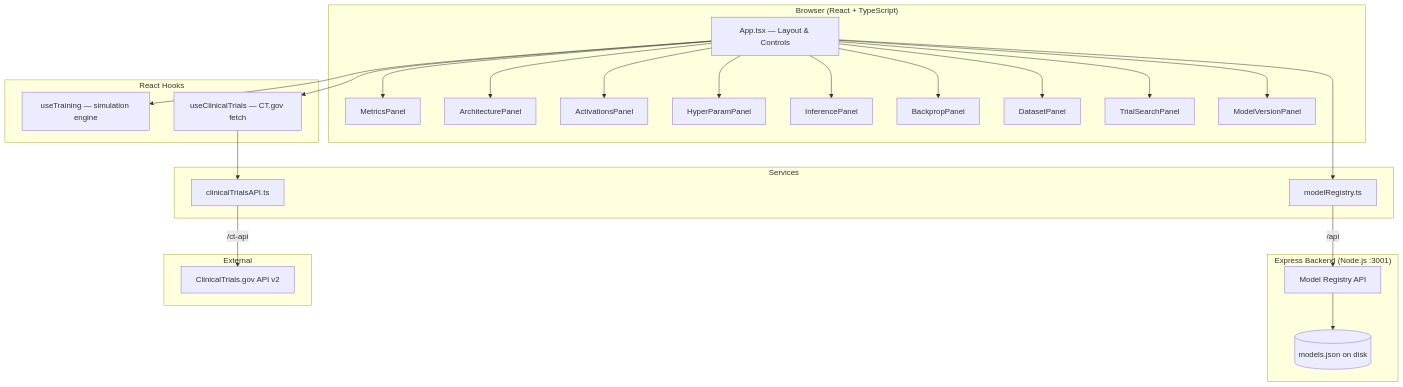
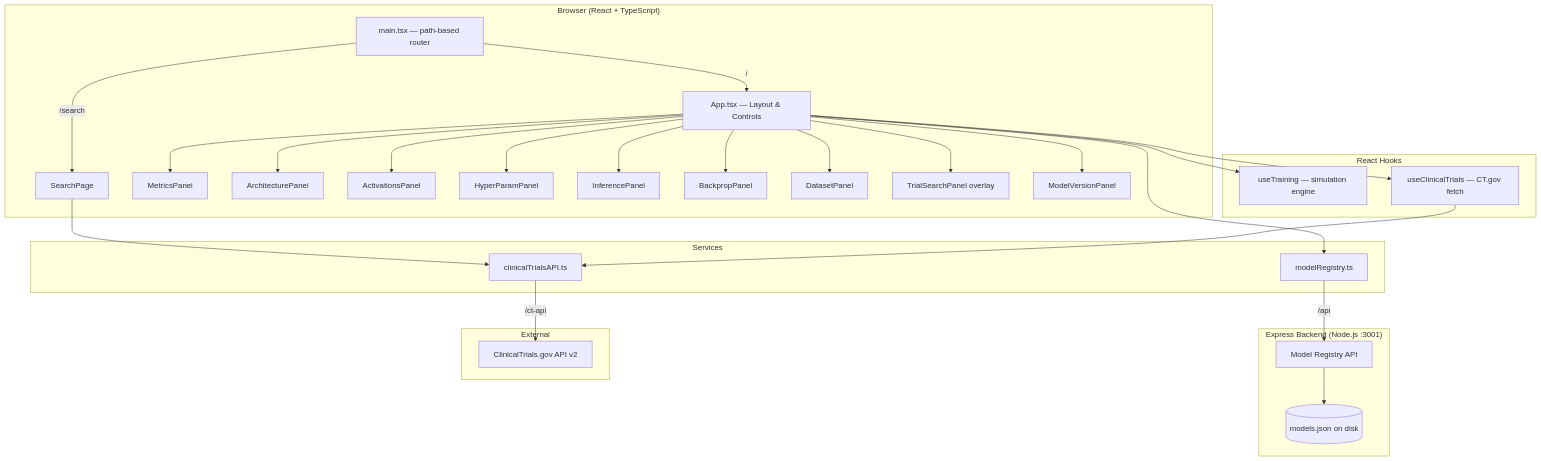
The first of 3 diagrams in README.md (kamranash/ClinicalTrialsSearchEngine), drawn with Mermaid before and after one commit. The commit also changed other lines of this file, not shown here.

Commit message:
docs: update README for standalone search page, routing, paginated API, and nginx rewrite fix

````diff
--- a/README.md
+++ b/README.md
@@ -49,42 +54,46 @@
 ```mermaid
 graph TB
     subgraph Browser["Browser (React + TypeScript)"]
+        MAIN[main.tsx — path-based router]
+        MAIN -- "/" --> UI
+        MAIN -- "/search" --> SP[SearchPage]
         UI[App.tsx — Layout & Controls]
         UI --> MP[MetricsPanel]
         UI --> AP[ArchitecturePanel]
         UI --> ACP[ActivationsPanel]
         UI --> HP[HyperParamPanel]
         UI --> IP[InferencePanel]
         UI --> BP[BackpropPanel]
         UI --> DP[DatasetPanel]
-        UI --> TSP[TrialSearchPanel]
+        UI --> TSP[TrialSearchPanel overlay]
         UI --> MVP[ModelVersionPanel]
     end
 
     subgraph Hooks["React Hooks"]
         UT[useTraining — simulation engine]
         UCT[useClinicalTrials — CT.gov fetch]
     end
 
     subgraph Services["Services"]
         CTA[clinicalTrialsAPI.ts]
         MR[modelRegistry.ts]
     end
 
     subgraph Backend["Express Backend (Node.js :3001)"]
         REG[Model Registry API]
         FS[(models.json on disk)]
         REG --> FS
     end
 
     subgraph External["External"]
         CTGOV[ClinicalTrials.gov API v2]
     end
 
     UI --> UT
     UI --> UCT
     UCT --> CTA
+    SP --> CTA
     UI --> MR
     MR -- /api --> REG
     CTA -- /ct-api --> CTGOV
 ```
````
